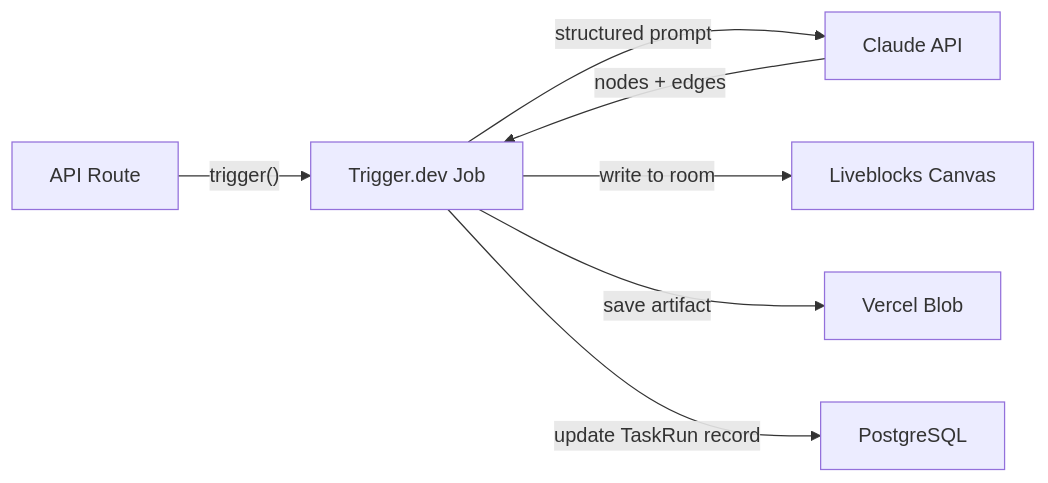
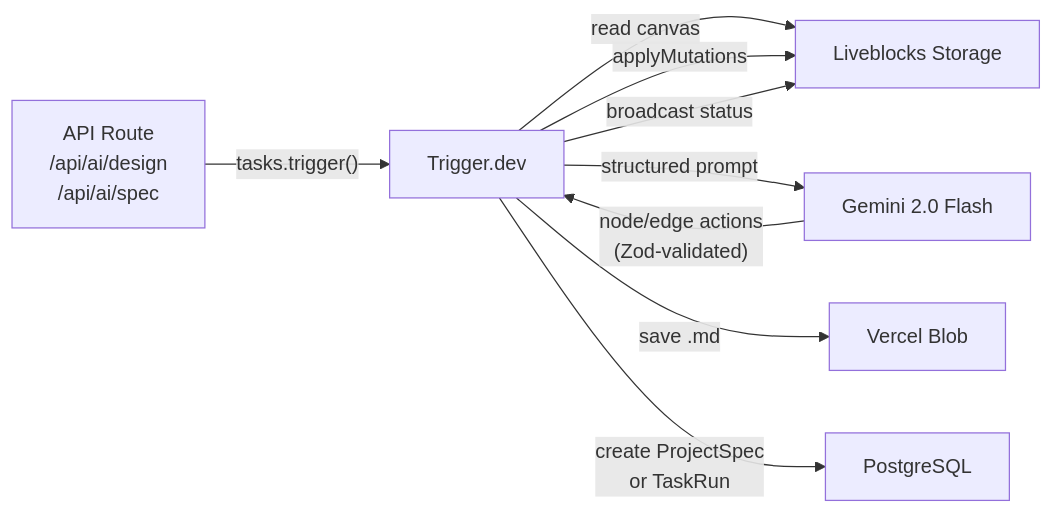
Before and after one commit to shaynemeyer/ghost-ai: the sixth of 6 diagrams in docs/architecture.md, drawn with Mermaid. The commit also changed other lines of this file and 2 other files, not shown here.

````diff
--- a/docs/architecture.md
+++ b/docs/architecture.md
@@ -247,9 +338,11 @@
 ```mermaid
 flowchart LR
-    API["API Route"] -->|"trigger()"| Trigger["Trigger.dev Job"]
-    Trigger -->|"structured prompt"| Claude["Claude API"]
-    Claude -->|"nodes + edges"| Trigger
-    Trigger -->|"write to room"| Liveblocks["Liveblocks Canvas"]
-    Trigger -->|"save artifact"| Blob["Vercel Blob"]
-    Trigger -->|"update TaskRun record"| DB["PostgreSQL"]
+    API["API Route\n/api/ai/design\n/api/ai/spec"] -->|"tasks.trigger()"| Trigger["Trigger.dev"]
+    Trigger -->|"read canvas"| Liveblocks["Liveblocks Storage"]
+    Trigger -->|"structured prompt"| Gemini["Gemini 2.0 Flash"]
+    Gemini -->|"node/edge actions\n(Zod-validated)"| Trigger
+    Trigger -->|"applyMutations"| Liveblocks
+    Trigger -->|"broadcast status"| Liveblocks
+    Trigger -->|"save .md"| Blob["Vercel Blob"]
+    Trigger -->|"create ProjectSpec\nor TaskRun"| DB["PostgreSQL"]
 ```
````
